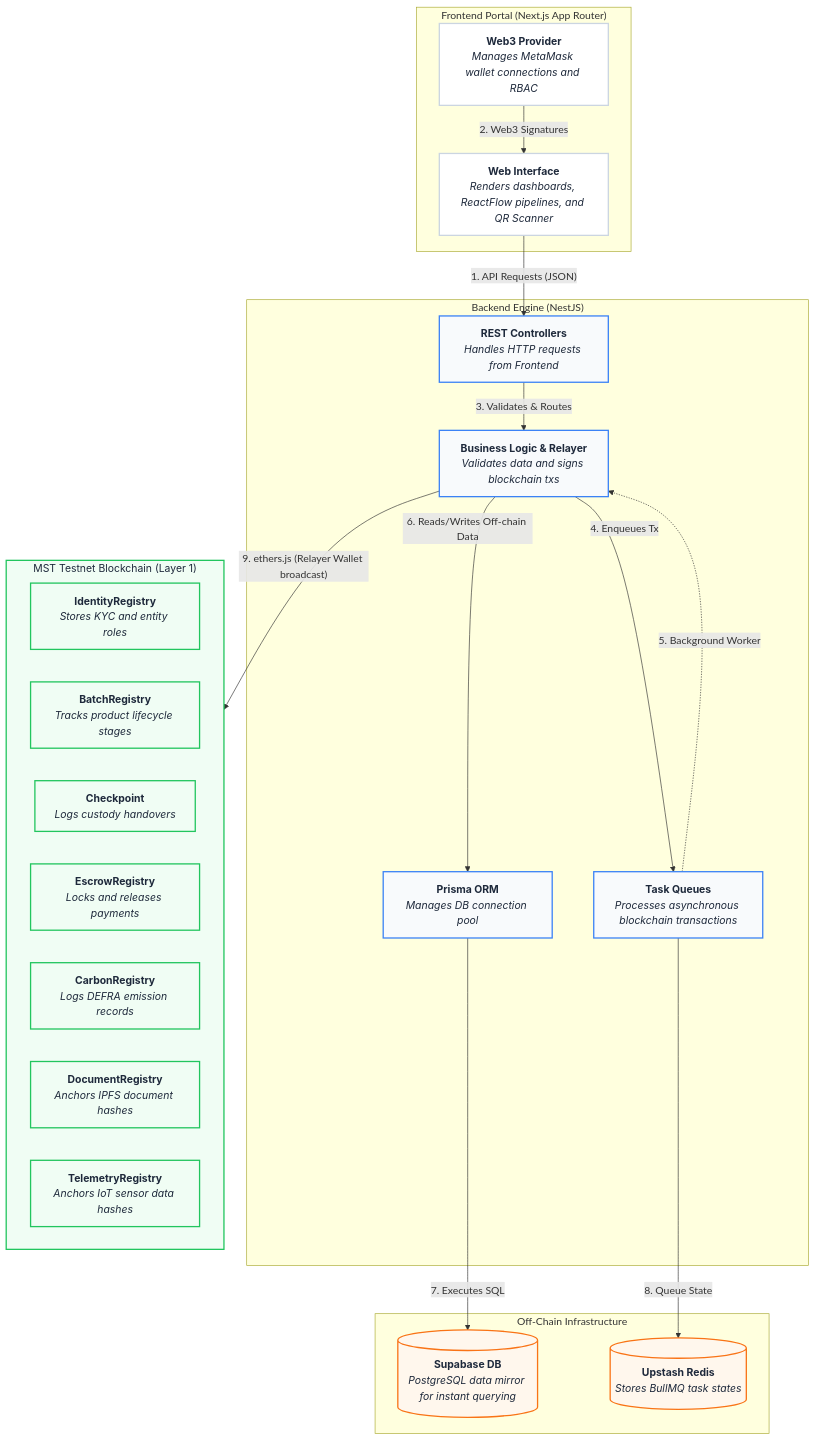
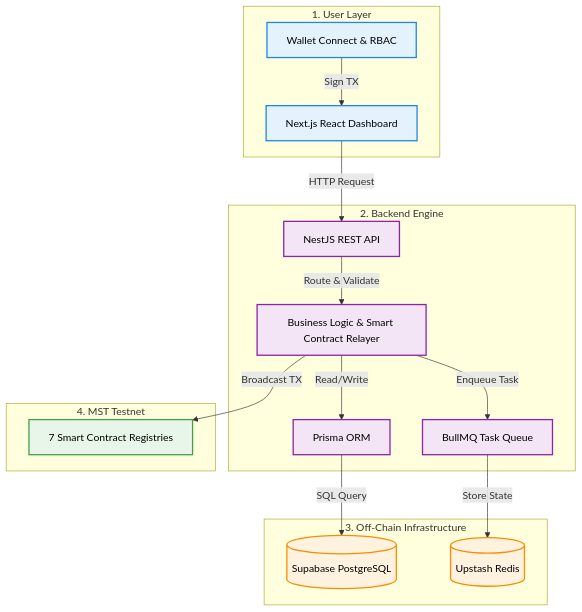
The first of 3 diagrams in README.md (mohitdeshmukhdev/MST-SupplyChain), drawn with Mermaid before and after one commit. The commit also changed other lines of this file, not shown here.

Commit message:
Fix diagram formatting

````diff
--- a/README.md
+++ b/README.md
@@ -19,56 +19,37 @@
 ```mermaid
-flowchart TB
-    %% Styling
-    classDef client fill:#ffffff,stroke:#cbd5e1,stroke-width:2px,color:#1e293b,font-family:Inter;
-    classDef backend fill:#f8fafc,stroke:#3b82f6,stroke-width:2px,color:#1e293b,font-family:Inter;
-    classDef db fill:#fff7ed,stroke:#f97316,stroke-width:2px,color:#1e293b,font-family:Inter;
-    classDef blockchain fill:#f0fdf4,stroke:#22c55e,stroke-width:2px,color:#1e293b,font-family:Inter;
-    classDef note fill:#fefce8,stroke:#eab308,stroke-width:1px,color:#854d0e,font-size:12px,font-style:italic;
+flowchart TD
+    classDef frontend fill:#e3f2fd,stroke:#1e88e5,stroke-width:2px,color:#000
+    classDef backend fill:#f3e5f5,stroke:#8e24aa,stroke-width:2px,color:#000
+    classDef database fill:#fff3e0,stroke:#fb8c00,stroke-width:2px,color:#000
+    classDef blockchain fill:#e8f5e9,stroke:#43a047,stroke-width:2px,color:#000
 
-    subgraph Frontend["Frontend Portal (Next.js App Router)"]
-        UI["<b>Web Interface</b><br/><i>Renders dashboards, ReactFlow pipelines, and QR Scanner</i>"]
-        Wagmi["<b>Web3 Provider</b><br/><i>Manages MetaMask wallet connections and RBAC</i>"]
+    subgraph User_Layer [1. User Layer]
+        Wagmi[Wallet Connect & RBAC]:::frontend
+        UI[Next.js React Dashboard]:::frontend
     end
-    
-    subgraph Backend["Backend Engine (NestJS)"]
-        API["<b>REST Controllers</b><br/><i>Handles HTTP requests from Frontend</i>"]
-        Services["<b>Business Logic & Relayer</b><br/><i>Validates data and signs blockchain txs</i>"]
-        Prisma["<b>Prisma ORM</b><br/><i>Manages DB connection pool</i>"]
-        BullMQ["<b>Task Queues</b><br/><i>Processes asynchronous blockchain transactions</i>"]
+
+    subgraph Backend_Layer [2. Backend Engine]
+        API[NestJS REST API]:::backend
+        Services[Business Logic & Smart Contract Relayer]:::backend
+        Prisma[Prisma ORM]:::backend
+        BullMQ[BullMQ Task Queue]:::backend
     end
-    
-    subgraph Infrastructure["Off-Chain Infrastructure"]
-        Supabase[("<b>Supabase DB</b><br/><i>PostgreSQL data mirror for instant querying</i>")]
-        Upstash[("<b>Upstash Redis</b><br/><i>Stores BullMQ task states</i>")]
+
+    subgraph Data_Layer [3. Off-Chain Infrastructure]
+        Supabase[(Supabase PostgreSQL)]:::database
+        Upstash[(Upstash Redis)]:::database
     end
-    
-    subgraph MSTTestnet["MST Testnet Blockchain (Layer 1)"]
-        IdentitySC["<b>IdentityRegistry</b><br/><i>Stores KYC and entity roles</i>"]
-        BatchSC["<b>BatchRegistry</b><br/><i>Tracks product lifecycle stages</i>"]
-        CheckpointSC["<b>Checkpoint</b><br/><i>Logs custody handovers</i>"]
-        EscrowSC["<b>EscrowRegistry</b><br/><i>Locks and releases payments</i>"]
-        CarbonSC["<b>CarbonRegistry</b><br/><i>Logs DEFRA emission records</i>"]
-        DocSC["<b>DocumentRegistry</b><br/><i>Anchors IPFS document hashes</i>"]
-        TelemetrySC["<b>TelemetryRegistry</b><br/><i>Anchors IoT sensor data hashes</i>"]
+
+    subgraph Blockchain_Layer [4. MST Testnet]
+        Registry[7 Smart Contract Registries]:::blockchain
     end
-    
-    %% Connections with descriptions
-    UI -- "1. API Requests (JSON)" --> API
-    Wagmi -- "2. Web3 Signatures" --> UI
-    
-    API -- "3. Validates & Routes" --> Services
-    Services -- "4. Enqueues Tx" --> BullMQ
-    BullMQ -. "5. Background Worker" .-> Services
-    
-    Services -- "6. Reads/Writes Off-chain Data" --> Prisma
-    Prisma -- "7. Executes SQL" --> Supabase
-    BullMQ -- "8. Queue State" --> Upstash
-    
-    Services -- "9. ethers.js (Relayer Wallet broadcast)" --> MSTTestnet
-    
-    %% Apply classes
-    class UI,Wagmi client;
-    class API,Services,Prisma,BullMQ backend;
-    class Supabase,Upstash db;
-    class MSTTestnet,IdentitySC,BatchSC,CheckpointSC,EscrowSC,CarbonSC,DocSC,TelemetrySC blockchain;
+
+    Wagmi -->|Sign TX| UI
+    UI -->|HTTP Request| API
+    API -->|Route & Validate| Services
+    Services -->|Read/Write| Prisma
+    Prisma -->|SQL Query| Supabase
+    Services -->|Enqueue Task| BullMQ
+    BullMQ -->|Store State| Upstash
+    Services -->|Broadcast TX| Registry
 ```
````
